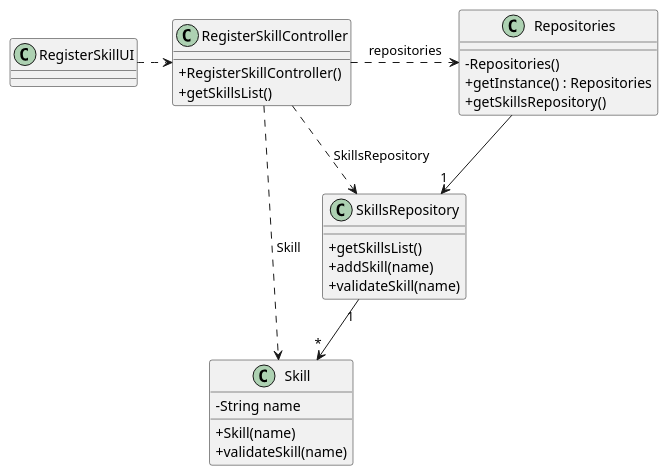
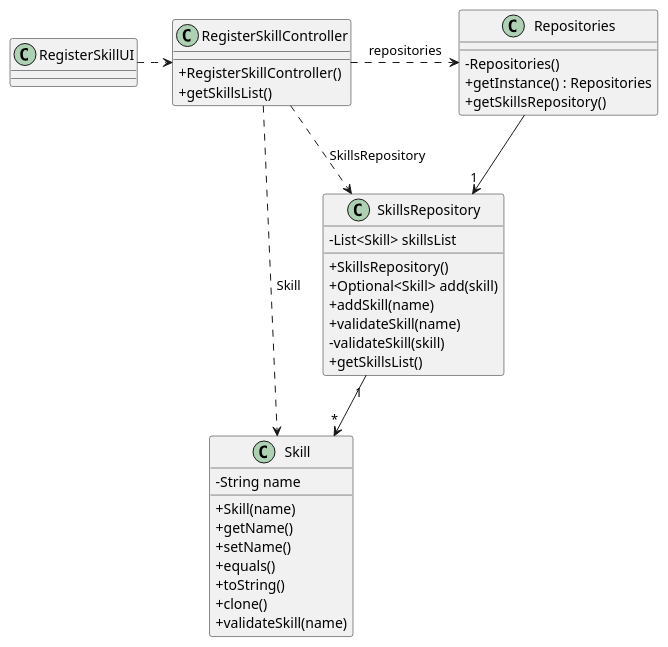
Before and after one commit to 1231360-ISEP/lei-24-s2-1db-g021: the diagram in docs/sprint2/us001/03.design/puml/us001-class-diagram.puml, drawn with PlantUML. The commit also changed 3 other files, not shown here.

Commit message:
Update US01 and US05 - Class Diagram and SVG´s

```diff
--- a/docs/sprint2/us001/03.design/puml/us001-class-diagram.puml
+++ b/docs/sprint2/us001/03.design/puml/us001-class-diagram.puml
@@ -1,47 +1,70 @@
 @startuml
 skinparam packageStyle rectangle
 skinparam shadowing false
 skinparam linetype polyline
 skinparam classAttributeIconSize 0
 
 
 class RegisterSkillUI {
 }
 
 class RegisterSkillController {
     + RegisterSkillController()
     + getSkillsList()
 }
 
+'class Skill {
+'    - String name
+'    + Skill(name)
+'    + validateSkill(name)
+'}
+
 class Skill {
     - String name
     + Skill(name)
+    + getName()
+    + setName()
+    + equals()
+    + toString()
+    + clone()
     + validateSkill(name)
 }
 
+
+'class SkillsRepository {
+'    + getSkillsList()
+'    + addSkill(name)
+'    + validateSkill(name)
+'}
+
+
 class SkillsRepository {
-    + getSkillsList()
+    - List<Skill> skillsList
+    + SkillsRepository()
+    + Optional<Skill> add(skill)
     + addSkill(name)
     + validateSkill(name)
+    - validateSkill(skill)
+    + getSkillsList()
 }
 
 class Repositories {
     - Repositories()
     + getInstance() : Repositories
     + getSkillsRepository()
 }
 
 
 RegisterSkillUI .> RegisterSkillController
 
 RegisterSkillController .> Repositories : repositories
 
 Repositories --> "1" SkillsRepository
 
 RegisterSkillController ..> Skill : Skill
 RegisterSkillController ..> SkillsRepository : SkillsRepository
 
 SkillsRepository "1" --> "*" Skill
 
 
 @enduml
```
